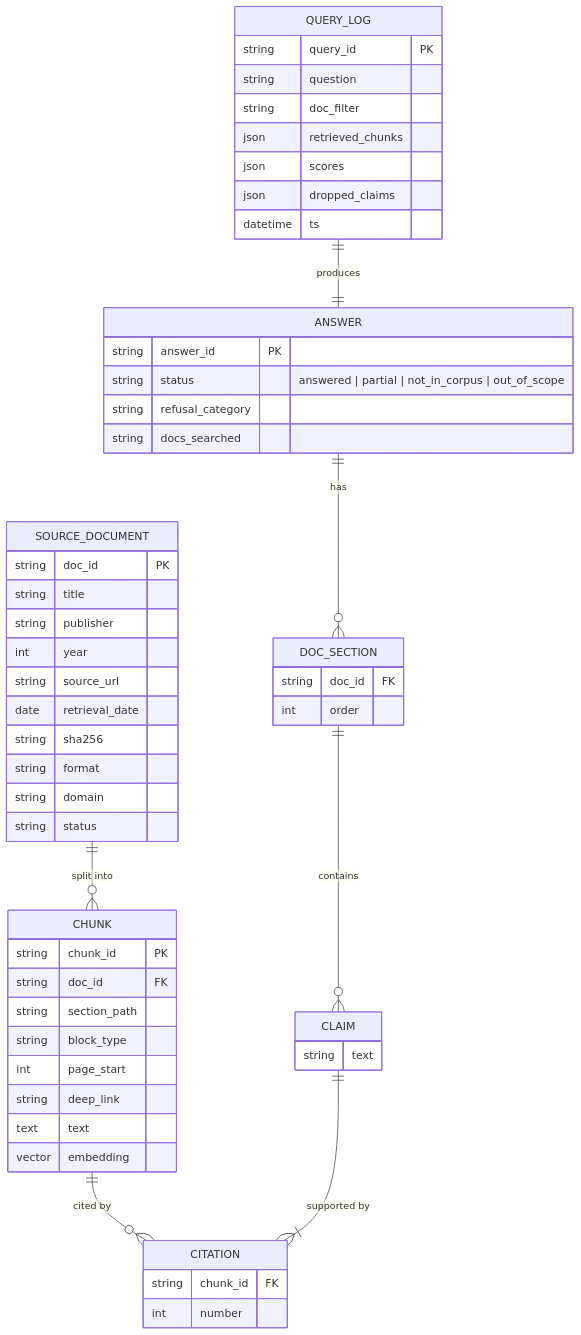
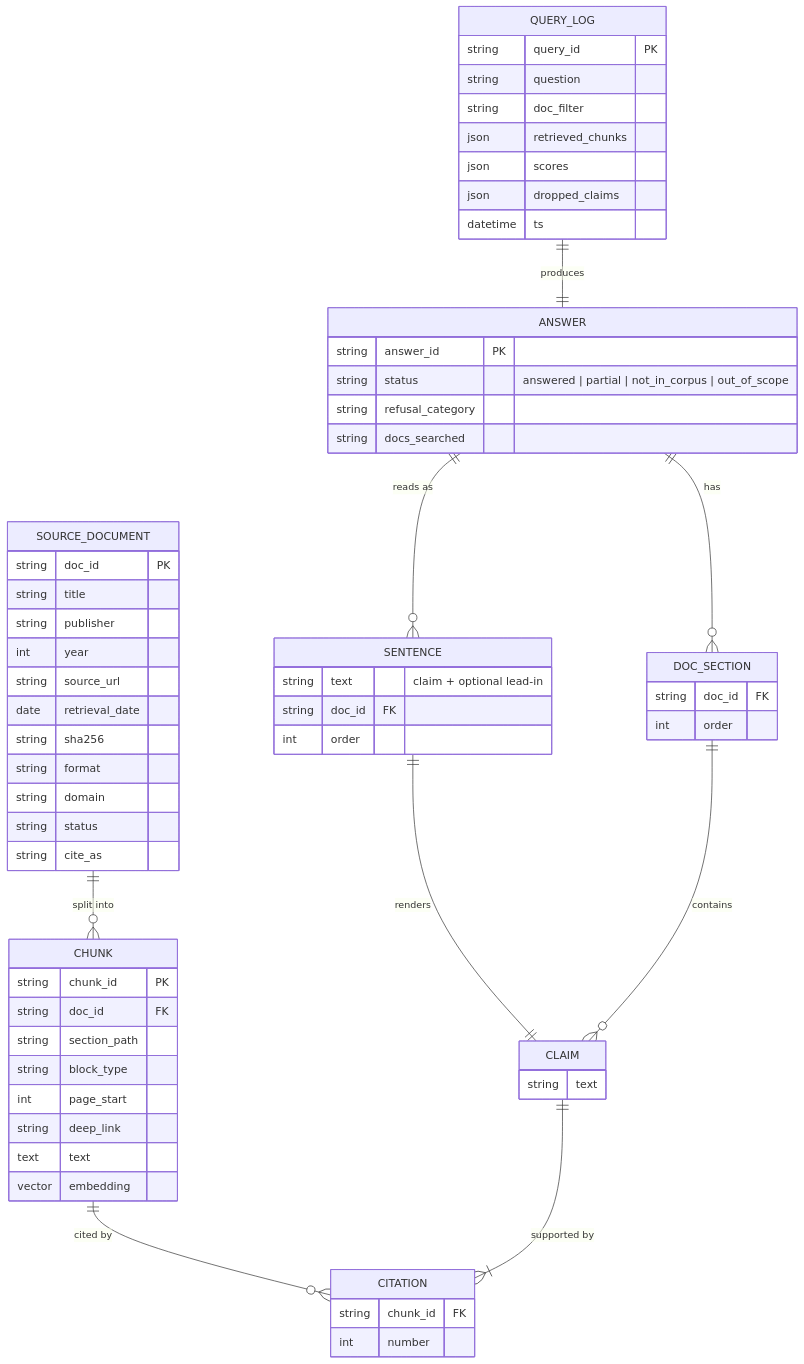
Before and after one commit to vaishali-iyengar/TruNutri-RAG-chatbot: the tenth of 11 diagrams in ARCHITECTURE.md, drawn with Mermaid. The commit also changed other lines of this file and 1 other file, not shown here.

First line of the commit message:
Update architecture doc and plan to the built system

````diff
--- a/ARCHITECTURE.md
+++ b/ARCHITECTURE.md
@@ -527,58 +549,66 @@
 ```mermaid
 erDiagram
     SOURCE_DOCUMENT ||--o{ CHUNK : "split into"
     CHUNK ||--o{ CITATION : "cited by"
     ANSWER ||--o{ DOC_SECTION : "has"
+    ANSWER ||--o{ SENTENCE : "reads as"
+    SENTENCE ||--|| CLAIM : "renders"
     DOC_SECTION ||--o{ CLAIM : "contains"
     CLAIM ||--|{ CITATION : "supported by"
     QUERY_LOG ||--|| ANSWER : "produces"
 
     SOURCE_DOCUMENT {
         string doc_id PK
         string title
         string publisher
         int year
         string source_url
         date retrieval_date
         string sha256
         string format
         string domain
         string status
+        string cite_as
     }
     CHUNK {
         string chunk_id PK
         string doc_id FK
         string section_path
         string block_type
         int page_start
         string deep_link
         text text
         vector embedding
     }
     ANSWER {
         string answer_id PK
         string status "answered | partial | not_in_corpus | out_of_scope"
         string refusal_category
         string docs_searched
     }
     DOC_SECTION {
         string doc_id FK
         int order
     }
     CLAIM {
         string text
     }
+    SENTENCE {
+        string text "claim + optional lead-in"
+        string doc_id FK
+        int order
+    }
     CITATION {
         string chunk_id FK
         int number
     }
     QUERY_LOG {
         string query_id PK
         string question
         string doc_filter
         json retrieved_chunks
         json scores
         json dropped_claims
         datetime ts
     }
 ```
````
